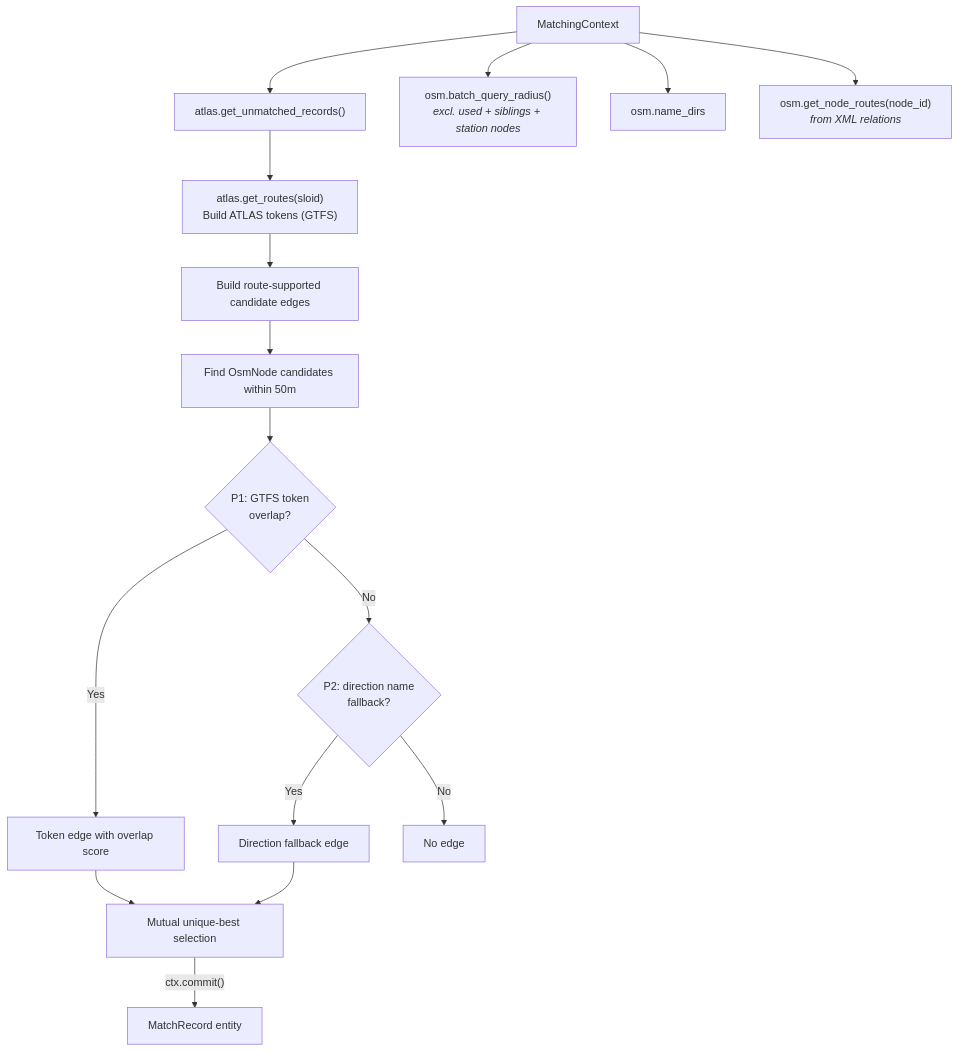
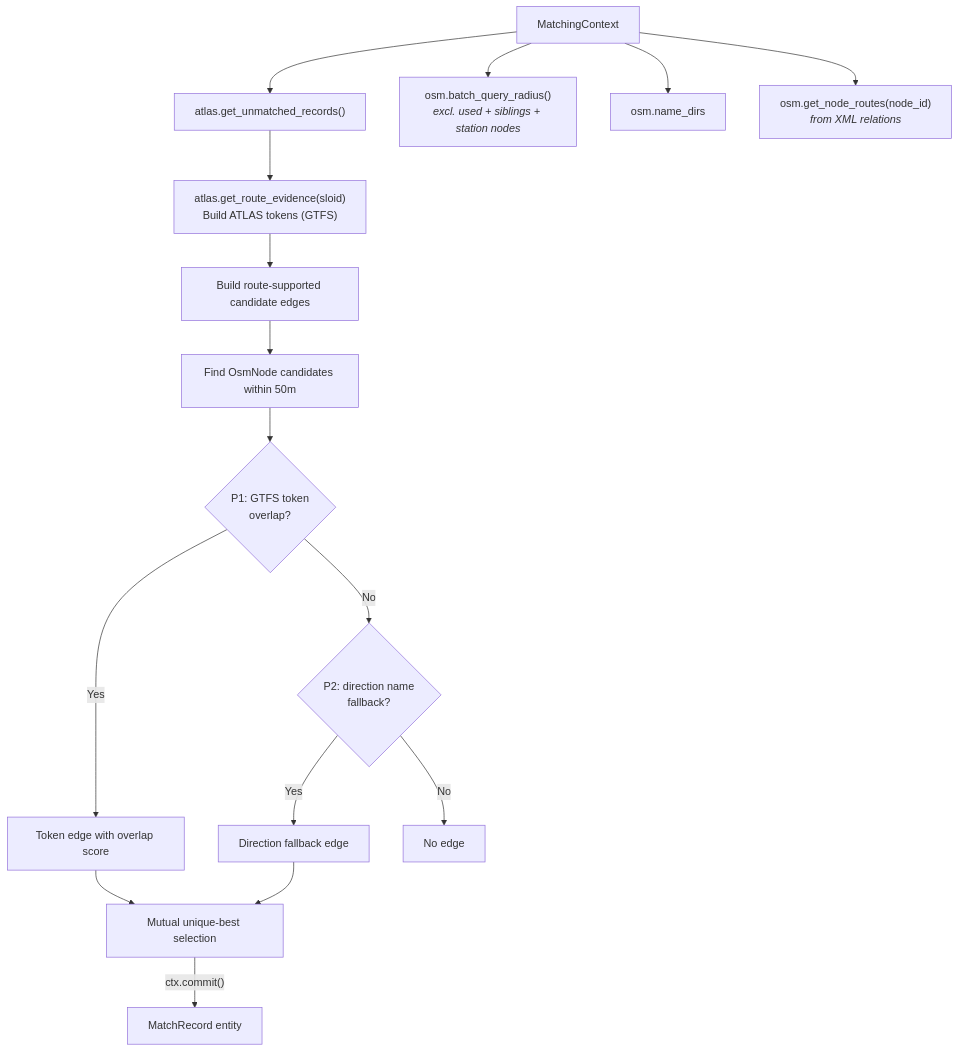
Before and after one commit to openTdataCH/stop_sync_osm_atlas: the diagram in documentation/2.3 Stop-stop matching using routes.md, drawn with Mermaid. The commit also changed other lines of this file and 59 other files, not shown here.

````diff
--- a/documentation/2.3 Stop-stop matching using routes.md
+++ b/documentation/2.3 Stop-stop matching using routes.md
@@ -5,19 +5,19 @@
 ```mermaid
 flowchart TB
     CTX["MatchingContext"] --> UA["atlas.get_unmatched_records()"]
     CTX --> OSM["osm.batch_query_radius()<br/><i>excl. used + siblings + station nodes</i>"]
     CTX --> DIRS["osm.name_dirs"]
     CTX --> NR["osm.get_node_routes(node_id)<br/><i>from XML relations</i>"]
 
-    UA --> T["atlas.get_routes(sloid)<br/>Build ATLAS tokens (GTFS)"]
+    UA --> T["atlas.get_route_evidence(sloid)<br/>Build ATLAS tokens (GTFS)"]
     T --> LOOP["Build route-supported candidate edges"]
     LOOP --> C["Find OsmNode candidates within 50m"]
     C --> P1{"P1: GTFS token<br/>overlap?"}
     P1 -->|Yes| E1["Token edge with overlap score"]
     P1 -->|No| P2{"P2: direction name<br/>fallback?"}
     P2 -->|Yes| E2["Direction fallback edge"]
     P2 -->|No| X["No edge"]
     E1 --> S["Mutual unique-best selection"]
     E2 --> S
     S -->|"ctx.commit()"| OUT["MatchRecord entity"]
 ```
````
